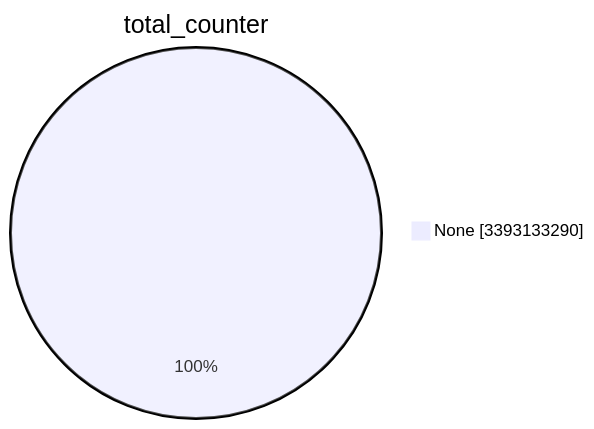
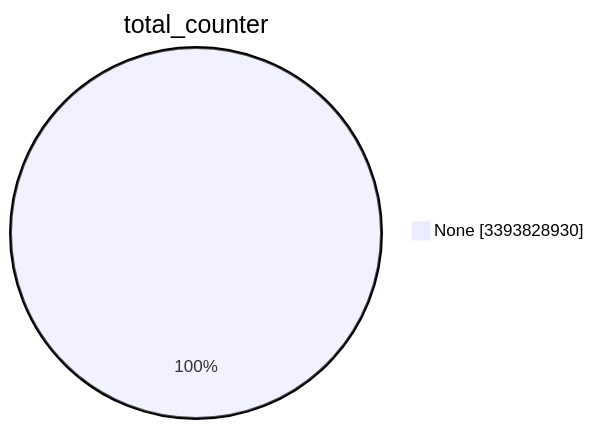
One commit to christiankrug/ctmonitor_visualization changed the first of 15 diagrams in TOTAL/README.md. Above: the diagram before and after it, drawn with Mermaid. The commit also changed other lines of this file, not shown here.

````diff
--- a/TOTAL/README.md
+++ b/TOTAL/README.md
@@ -1,5 +1,5 @@
 ```mermaid
 pie showData
 title total_counter
-"None" :3393133290
+"None" :3393828930
 ```
````
